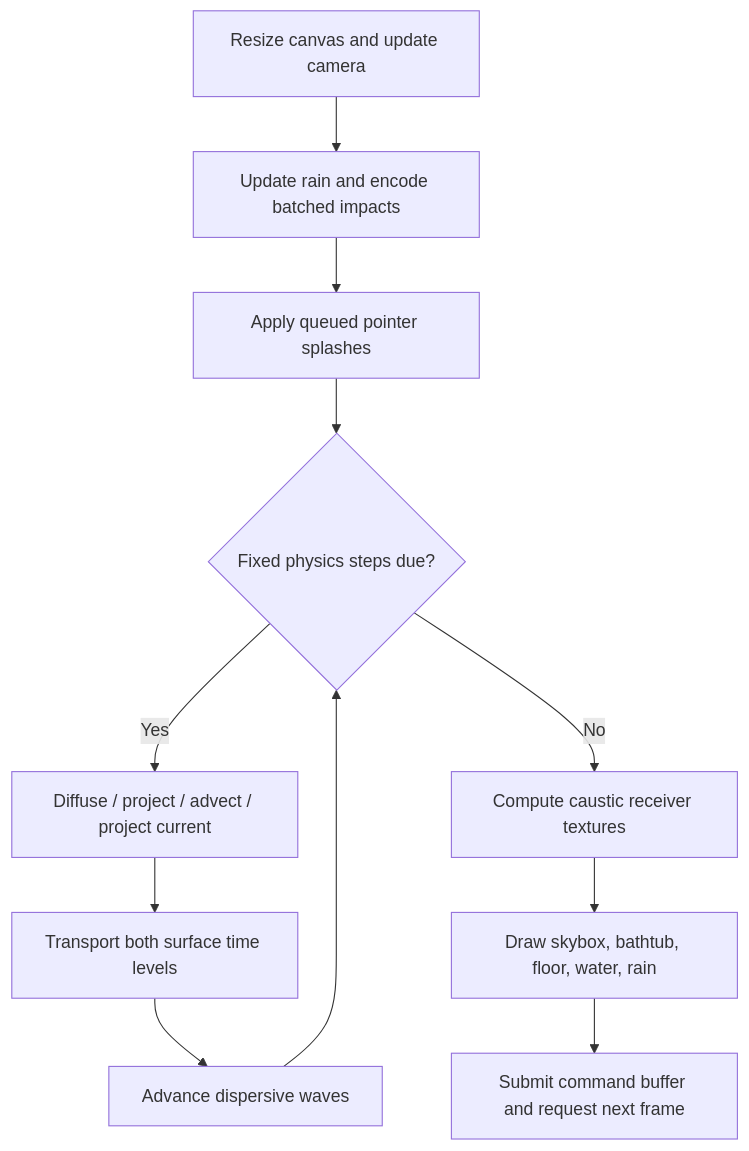
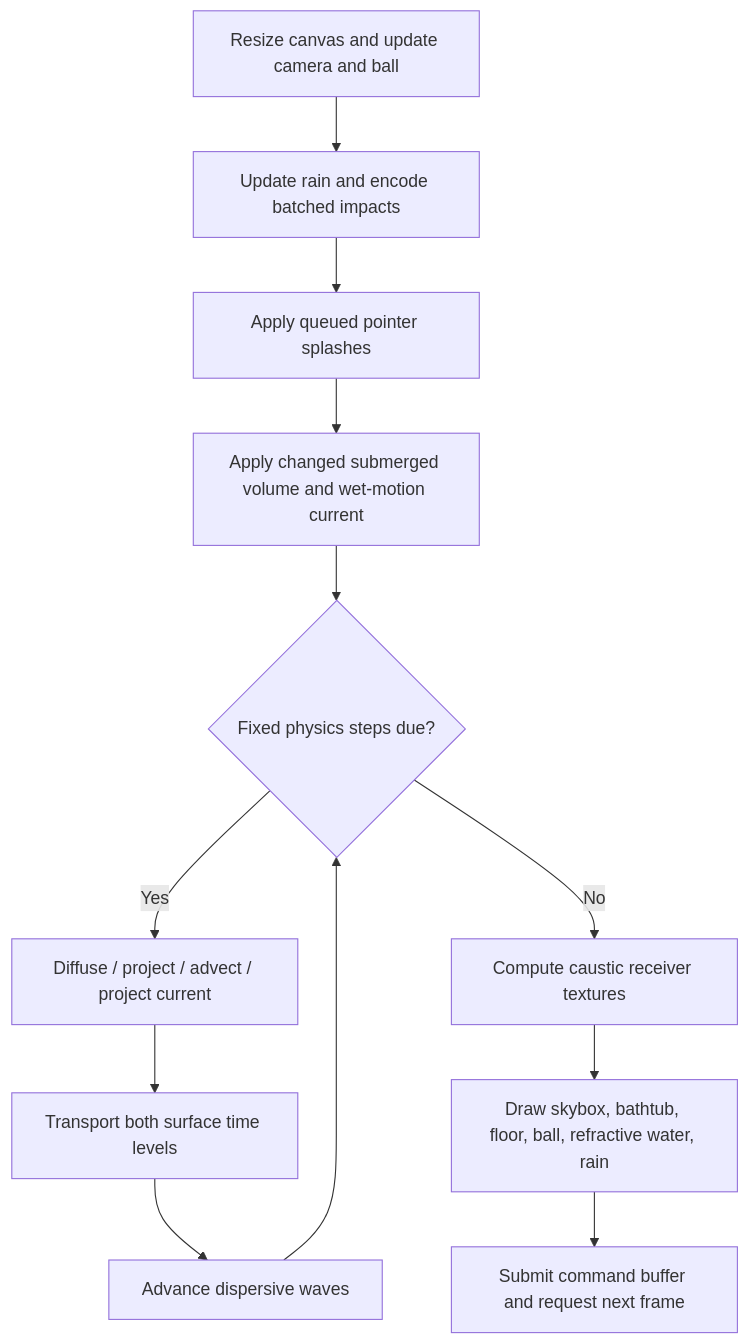
The diagram in docs/how-it-works.md (Rage997/water-webgpu), drawn with Mermaid before and after one commit. The commit also changed other lines of this file and 9 other files, not shown here.

````diff
--- a/docs/how-it-works.md
+++ b/docs/how-it-works.md
@@ -29,13 +29,14 @@
 ```mermaid
 flowchart TD
-    Frame[Resize canvas and update camera] --> Rain[Update rain and encode batched impacts]
+    Frame[Resize canvas and update camera and ball] --> Rain[Update rain and encode batched impacts]
     Rain --> Input[Apply queued pointer splashes]
-    Input --> Due{Fixed physics steps due?}
+    Input --> Ball[Apply changed submerged volume and wet-motion current]
+    Ball --> Due{Fixed physics steps due?}
     Due -->|Yes| Flow[Diffuse / project / advect / project current]
     Flow --> Transport[Transport both surface time levels]
     Transport --> Waves[Advance dispersive waves]
     Waves --> Due
     Due -->|No| Caustics[Compute caustic receiver textures]
-    Caustics --> Draw[Draw skybox, bathtub, floor, water, rain]
+    Caustics --> Draw[Draw skybox, bathtub, floor, ball, refractive water, rain]
     Draw --> Submit[Submit command buffer and request next frame]
 ```
````
